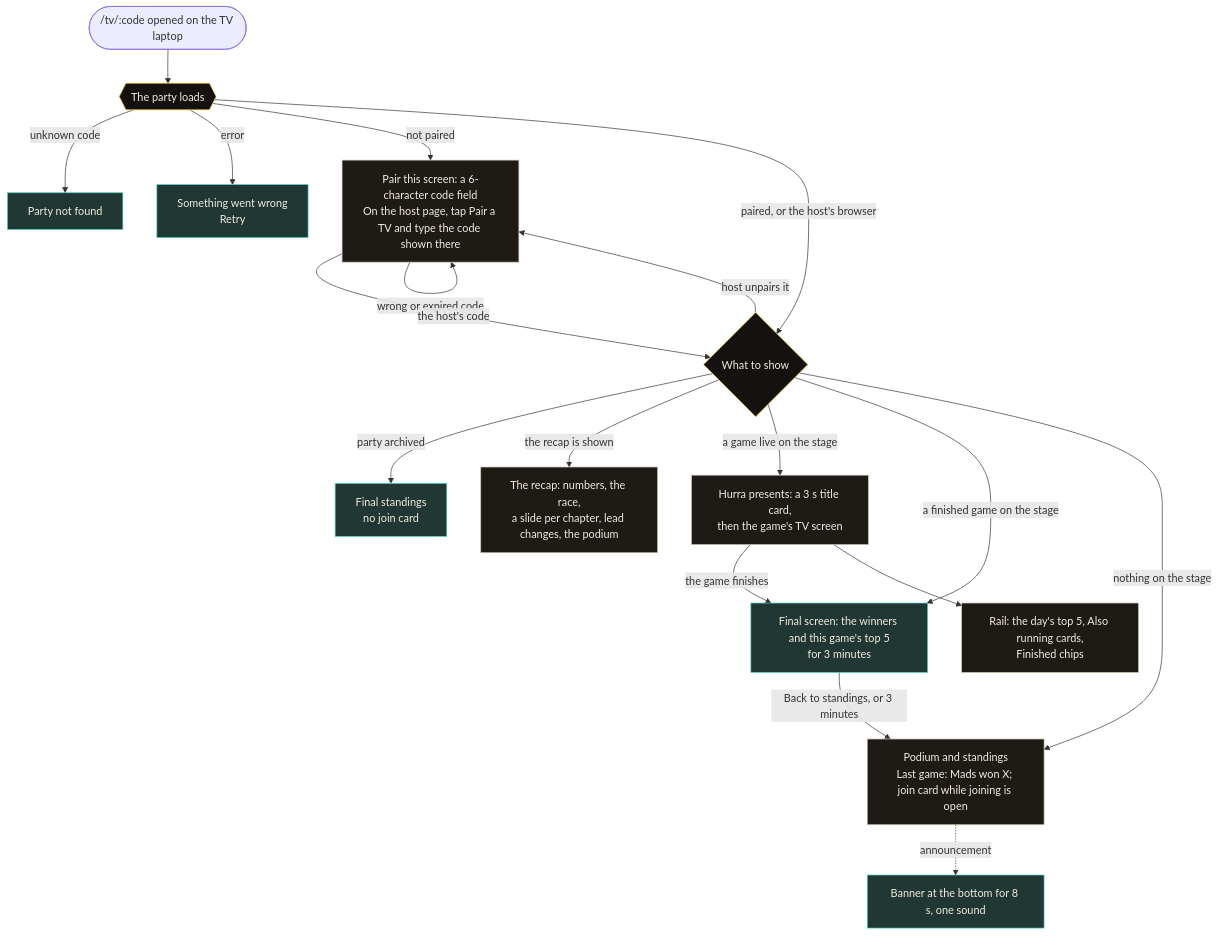
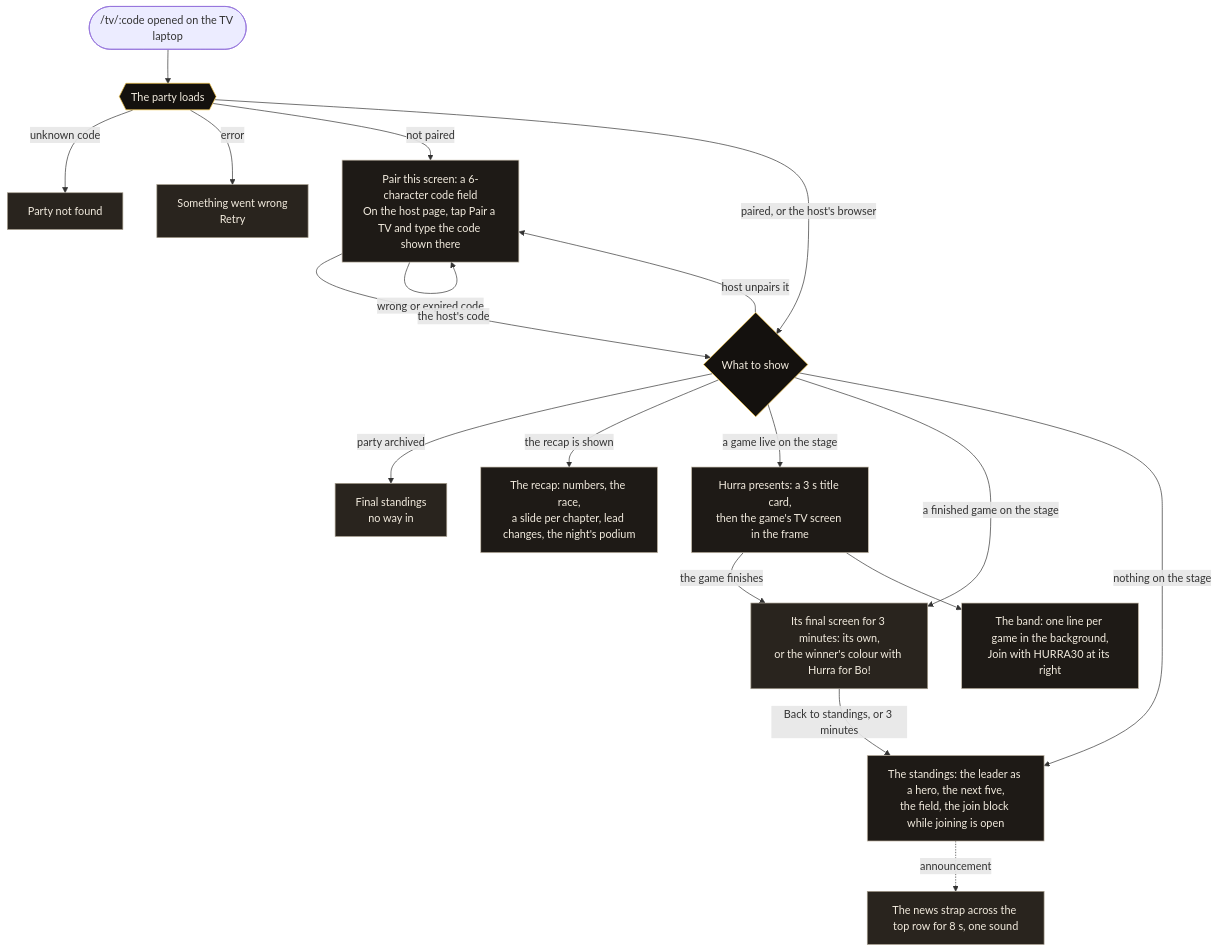
Before and after one commit to NicolaiLassen/hurra: diagram 11 of 14 in docs/user-flows.md, drawn with Mermaid. The commit also changed other lines of this file and 3 other files, not shown here.

````diff
--- a/docs/user-flows.md
+++ b/docs/user-flows.md
@@ -345,24 +345,24 @@
 ```mermaid
 flowchart TD
   classDef screen fill:#1e1a16,stroke:#c9bfae,color:#f2ebde
   classDef gate fill:#14110e,stroke:#f5c542,color:#f2ebde
-  classDef closed fill:#203733,stroke:#4fd1c5,color:#f2ebde
+  classDef closed fill:#29241e,stroke:#a59c8c,color:#f2ebde
 
   OPEN(["/tv/:code opened on the TV laptop"]) --> TVL{{"The party loads"}}:::gate
   TVL -- "unknown code" --> PNF["Party not found"]:::closed
   TVL -- "error" --> TVE["Something went wrong<br/>Retry"]:::closed
   TVL -- "not paired" --> PAIR["Pair this screen: a 6-character code field<br/>On the host page, tap Pair a TV and type the code shown there"]:::screen
   PAIR -- "wrong or expired code" --> PAIR
   PAIR -- "the host's code" --> MODE
   TVL -- "paired, or the host's browser" --> MODE{"What to show"}:::gate
-  MODE -- "party archived" --> FINAL["Final standings<br/>no join card"]:::closed
-  MODE -- "the recap is shown" --> RECAP["The recap: numbers, the race,<br/>a slide per chapter, lead changes, the podium"]:::screen
-  MODE -- "a game live on the stage" --> TAKE["Hurra presents: a 3 s title card,<br/>then the game's TV screen"]:::screen
-  MODE -- "a finished game on the stage" --> FIN["Final screen: the winners and this game's top 5<br/>for 3 minutes"]:::closed
-  MODE -- "nothing on the stage" --> POD["Podium and standings<br/>Last game: Mads won X; join card while joining is open"]:::screen
+  MODE -- "party archived" --> FINAL["Final standings<br/>no way in"]:::closed
+  MODE -- "the recap is shown" --> RECAP["The recap: numbers, the race,<br/>a slide per chapter, lead changes, the night's podium"]:::screen
+  MODE -- "a game live on the stage" --> TAKE["Hurra presents: a 3 s title card,<br/>then the game's TV screen in the frame"]:::screen
+  MODE -- "a finished game on the stage" --> FIN["Its final screen for 3 minutes: its own,<br/>or the winner's colour with Hurra for Bo!"]:::closed
+  MODE -- "nothing on the stage" --> POD["The standings: the leader as a hero, the next five,<br/>the field, the join block while joining is open"]:::screen
   TAKE -- "the game finishes" --> FIN
   FIN -- "Back to standings, or 3 minutes" --> POD
-  TAKE --> RAIL["Rail: the day's top 5, Also running cards,<br/>Finished chips"]:::screen
+  TAKE --> BAND["The band: one line per game in the background,<br/>Join with HURRA30 at its right"]:::screen
   MODE -- "host unpairs it" --> PAIR
-  POD -. "announcement" .-> BAN["Banner at the bottom for 8 s, one sound"]:::closed
+  POD -. "announcement" .-> NEWS["The news strap across the top row for 8 s, one sound"]:::closed
 ```
````
